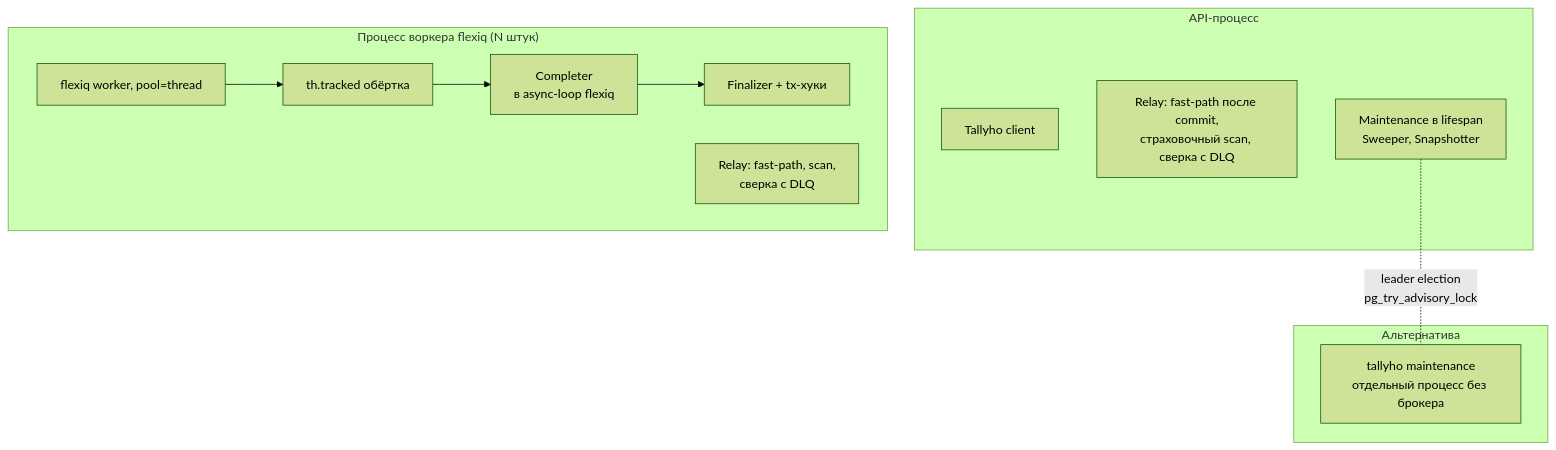
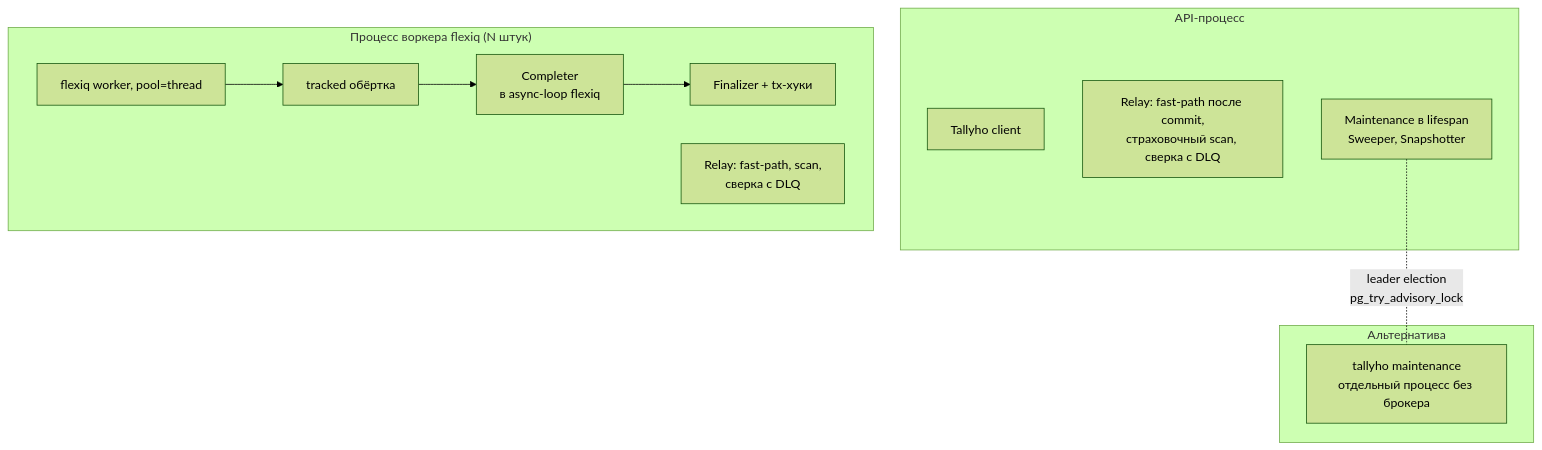
One commit to 0cherednoq/Tallyho changed the second of 40 diagrams in docs/ARCHITECTURE.md. Above: the diagram before and after it, drawn with Mermaid (forest theme). The commit also changed other lines of this file, not shown here.

First line of the commit message:
Fix-13: ARCHITECTURE — публичный API задачи и потоковое добавление

````diff
--- a/docs/ARCHITECTURE.md
+++ b/docs/ARCHITECTURE.md
@@ -130,20 +130,20 @@
 ```mermaid
 flowchart TB
     subgraph apiproc["API-процесс"]
         A1["Tallyho client"]
         A2["Relay: fast-path после commit,<br/>страховочный scan, сверка с DLQ"]
         A3["Maintenance в lifespan<br/>Sweeper, Snapshotter"]
     end
     subgraph wproc["Процесс воркера flexiq (N штук)"]
         B1["flexiq worker, pool=thread"]
-        B2["th.tracked обёртка"]
+        B2["tracked обёртка"]
         B3["Completer<br/>в async-loop flexiq"]
         B4["Relay: fast-path, scan,<br/>сверка с DLQ"]
         B5["Finalizer + tx-хуки"]
     end
     subgraph opt["Альтернатива"]
         C1["tallyho maintenance<br/>отдельный процесс без брокера"]
     end
     B1 --> B2 --> B3 --> B5
     A3 -.-|"leader election<br/>pg_try_advisory_lock"| C1
 ```
````
